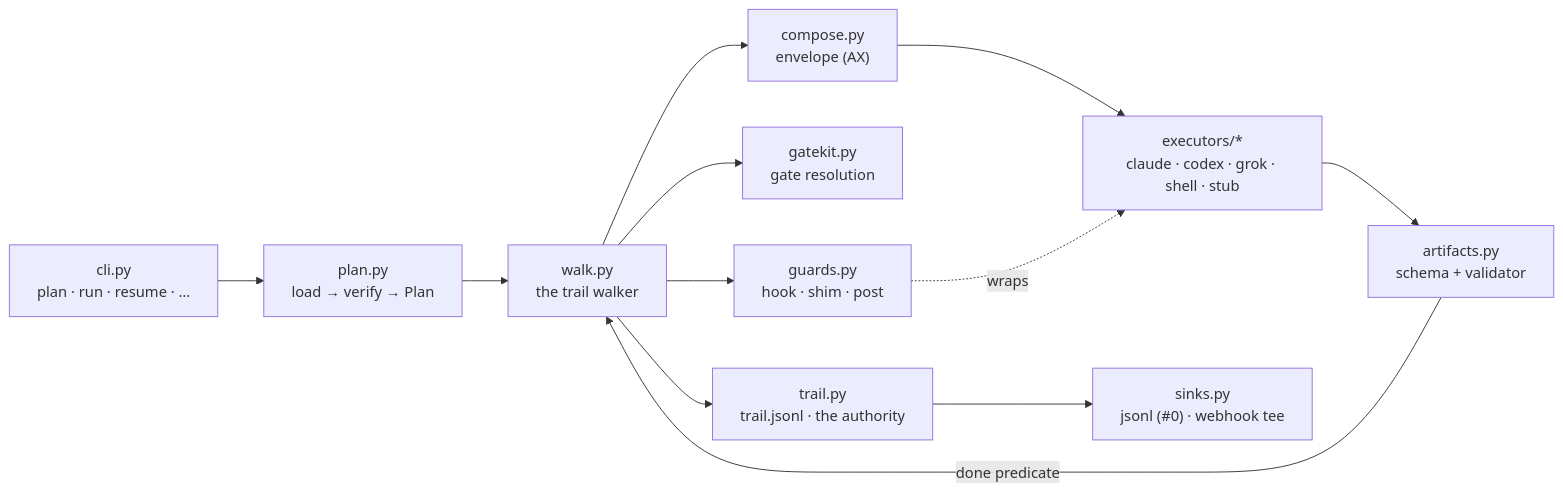
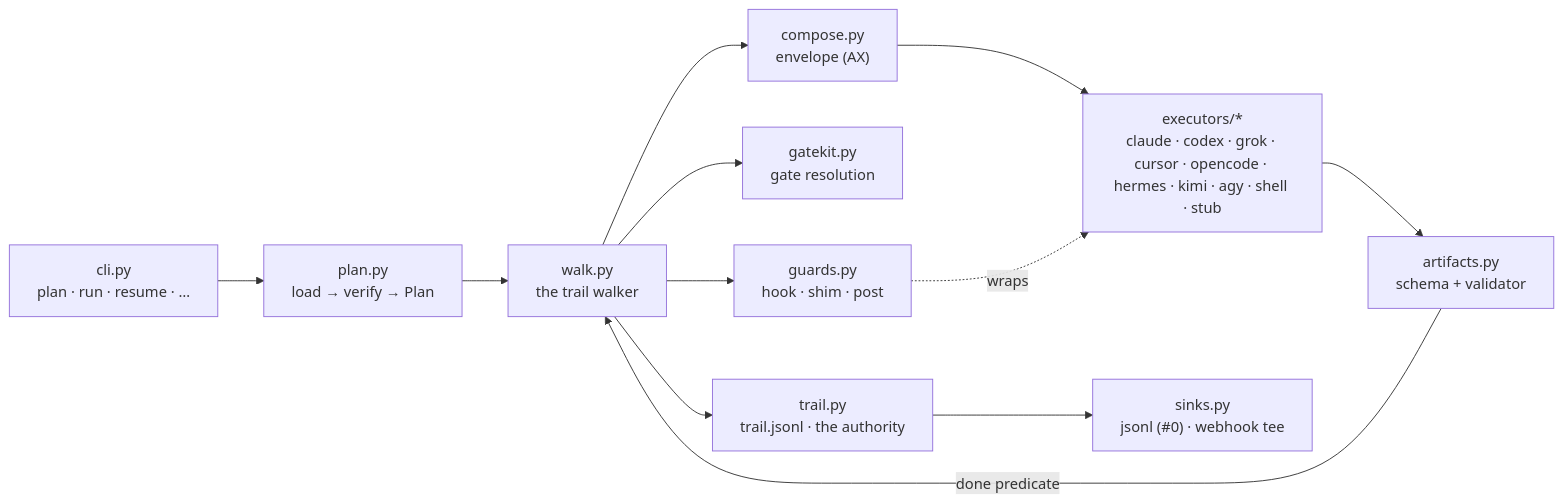
The first of 2 diagrams in docs/ARCHITECTURE.md (gabros20/cairn), drawn with Mermaid before and after one commit. The commit also changed other lines of this file and 8 other files, not shown here.

First line of the commit message:
docs: ten-executor support surface — tables, diagrams, sandbox postures re-tensed

````diff
--- a/docs/ARCHITECTURE.md
+++ b/docs/ARCHITECTURE.md
@@ -43,17 +43,17 @@
 ```mermaid
 graph LR
   CLI["cli.py<br/>plan · run · resume · …"] --> PLAN["plan.py<br/>load → verify → Plan"]
   PLAN --> WALK["walk.py<br/>the trail walker"]
 
   WALK --> COMPOSE["compose.py<br/>envelope (AX)"]
   WALK --> GATE["gatekit.py<br/>gate resolution"]
   WALK --> GUARD["guards.py<br/>hook · shim · post"]
 
-  COMPOSE --> EX["executors/*<br/>claude · codex · grok · shell · stub"]
+  COMPOSE --> EX["executors/*<br/>claude · codex · grok · cursor · opencode · hermes · kimi · agy · shell · stub"]
   GUARD -.wraps.-> EX
   EX --> ART["artifacts.py<br/>schema + validator"]
   ART -->|done predicate| WALK
 
   WALK --> TRAIL["trail.py<br/>trail.jsonl · the authority"]
   TRAIL --> SINKS["sinks.py<br/>jsonl (#0) · webhook tee"]
 ```
````
